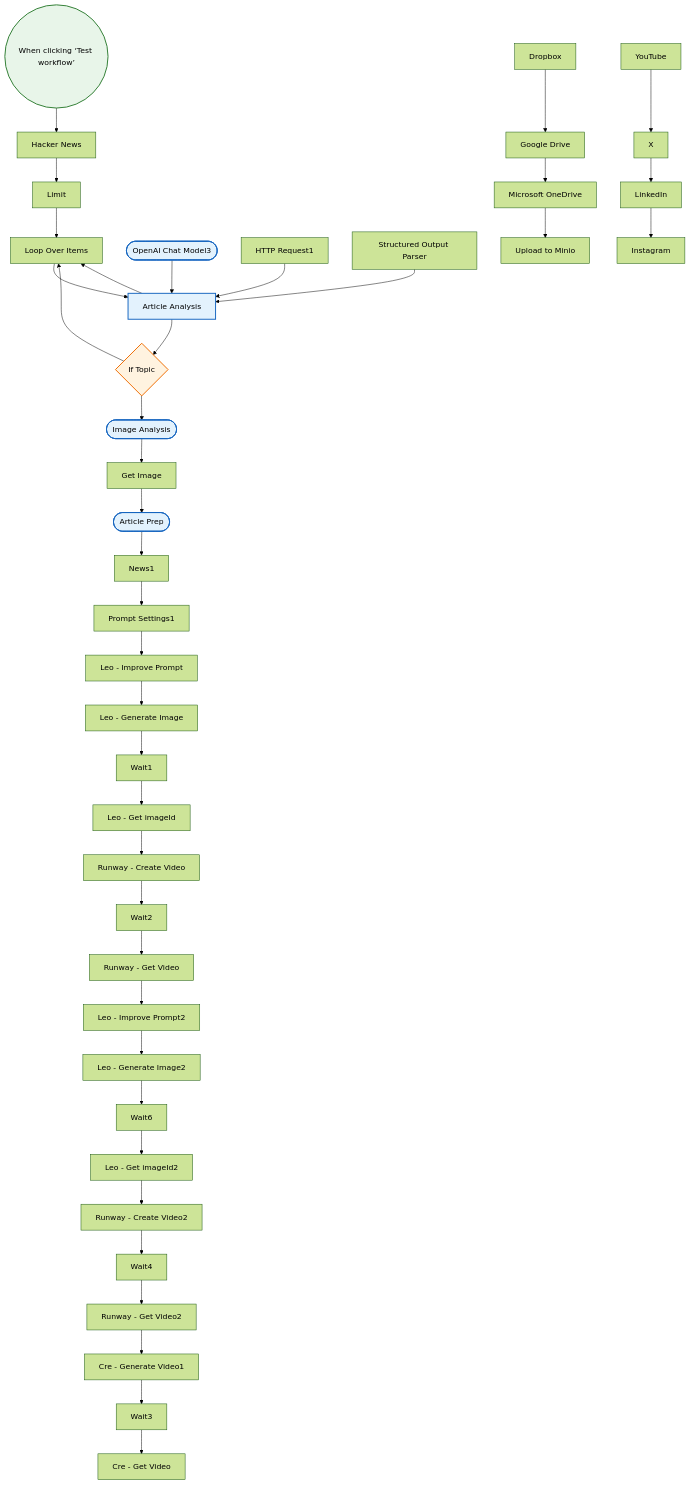
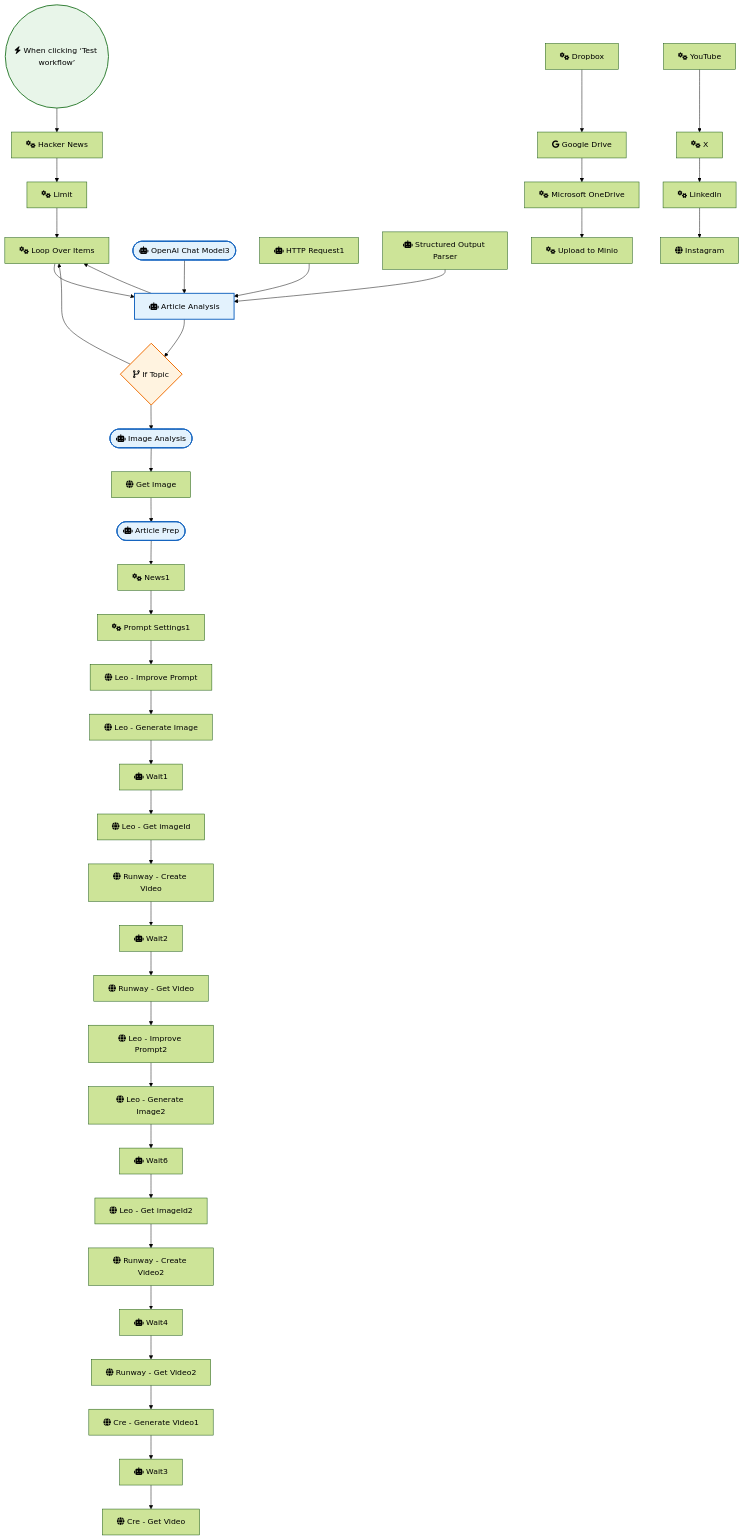
Before and after one commit to sreyash3105/N8N-DEMO-AUTOMATIONS: the diagram in AI_Research_RAG_and_Data_Analysis/Hacker News to Video Template - Alexk1919.md, drawn with Mermaid (forest theme). The commit also changed 291 other files, not shown here.

```diff
--- a/AI_Research_RAG_and_Data_Analysis/Hacker News to Video Template - Alexk1919.md
+++ b/AI_Research_RAG_and_Data_Analysis/Hacker News to Video Template - Alexk1919.md
@@ -4,45 +4,45 @@
     classDef ai fill:#e3f2fd,stroke:#1565c0,stroke-width:2px;
     classDef logic fill:#fff3e0,stroke:#ef6c00,stroke-width:2px;
 
-    When_clicking__Test_workflow_(("When clicking ‘Test workflow’")):::trigger
-    Hacker_News["Hacker News"]
-    Loop_Over_Items["Loop Over Items"]
-    OpenAI_Chat_Model3(["OpenAI Chat Model3"]):::ai
-    HTTP_Request1["HTTP Request1"]
-    Structured_Output_Parser["Structured Output Parser"]
-    Upload_to_Minio["Upload to Minio"]
-    News1["News1"]
-    Leo___Improve_Prompt["Leo - Improve Prompt"]
-    Leo___Get_imageId["Leo - Get imageId"]
-    Runway___Create_Video["Runway - Create Video"]
-    Runway___Get_Video["Runway - Get Video"]
-    Wait2["Wait2"]
-    If_Topic{"If Topic"}:::logic
-    Get_Image["Get Image"]
-    Prompt_Settings1["Prompt Settings1"]
-    Leo___Generate_Image["Leo - Generate Image"]
-    Wait1["Wait1"]
-    Limit["Limit"]
-    Image_Analysis(["Image Analysis"]):::ai
-    Wait3["Wait3"]
-    Article_Analysis["Article Analysis"]:::ai
-    Dropbox["Dropbox"]
-    Google_Drive["Google Drive"]
-    Microsoft_OneDrive["Microsoft OneDrive"]
-    YouTube["YouTube"]
-    X["X"]
-    Instagram["Instagram"]
-    LinkedIn["LinkedIn"]
-    Leo___Improve_Prompt2["Leo - Improve Prompt2"]
-    Wait4["Wait4"]
-    Wait6["Wait6"]
-    Leo___Generate_Image2["Leo - Generate Image2"]
-    Leo___Get_imageId2["Leo - Get imageId2"]
-    Runway___Create_Video2["Runway - Create Video2"]
-    Runway___Get_Video2["Runway - Get Video2"]
-    Cre___Generate_Video1["Cre - Generate Video1"]
-    Cre___Get_Video["Cre - Get Video"]
-    Article_Prep(["Article Prep"]):::ai
+    When_clicking__Test_workflow_(("fas:fa-bolt When clicking ‘Test workflow’")):::trigger
+    Hacker_News["fas:fa-cogs Hacker News"]
+    Loop_Over_Items["fas:fa-cogs Loop Over Items"]
+    OpenAI_Chat_Model3(["fas:fa-robot OpenAI Chat Model3"]):::ai
+    HTTP_Request1["fas:fa-robot HTTP Request1"]
+    Structured_Output_Parser["fas:fa-robot Structured Output Parser"]
+    Upload_to_Minio["fas:fa-cogs Upload to Minio"]
+    News1["fas:fa-cogs News1"]
+    Leo___Improve_Prompt["fas:fa-globe Leo - Improve Prompt"]
+    Leo___Get_imageId["fas:fa-globe Leo - Get imageId"]
+    Runway___Create_Video["fas:fa-globe Runway - Create Video"]
+    Runway___Get_Video["fas:fa-globe Runway - Get Video"]
+    Wait2["fas:fa-robot Wait2"]
+    If_Topic{"fas:fa-code-branch If Topic"}:::logic
+    Get_Image["fas:fa-globe Get Image"]
+    Prompt_Settings1["fas:fa-cogs Prompt Settings1"]
+    Leo___Generate_Image["fas:fa-globe Leo - Generate Image"]
+    Wait1["fas:fa-robot Wait1"]
+    Limit["fas:fa-cogs Limit"]
+    Image_Analysis(["fas:fa-robot Image Analysis"]):::ai
+    Wait3["fas:fa-robot Wait3"]
+    Article_Analysis["fas:fa-robot Article Analysis"]:::ai
+    Dropbox["fas:fa-cogs Dropbox"]
+    Google_Drive["fab:fa-google Google Drive"]
+    Microsoft_OneDrive["fas:fa-cogs Microsoft OneDrive"]
+    YouTube["fas:fa-cogs YouTube"]
+    X["fas:fa-cogs X"]
+    Instagram["fas:fa-globe Instagram"]
+    LinkedIn["fas:fa-cogs LinkedIn"]
+    Leo___Improve_Prompt2["fas:fa-globe Leo - Improve Prompt2"]
+    Wait4["fas:fa-robot Wait4"]
+    Wait6["fas:fa-robot Wait6"]
+    Leo___Generate_Image2["fas:fa-globe Leo - Generate Image2"]
+    Leo___Get_imageId2["fas:fa-globe Leo - Get imageId2"]
+    Runway___Create_Video2["fas:fa-globe Runway - Create Video2"]
+    Runway___Get_Video2["fas:fa-globe Runway - Get Video2"]
+    Cre___Generate_Video1["fas:fa-globe Cre - Generate Video1"]
+    Cre___Get_Video["fas:fa-globe Cre - Get Video"]
+    Article_Prep(["fas:fa-robot Article Prep"]):::ai
 
     X --> LinkedIn
     Limit --> Loop_Over_Items
```
